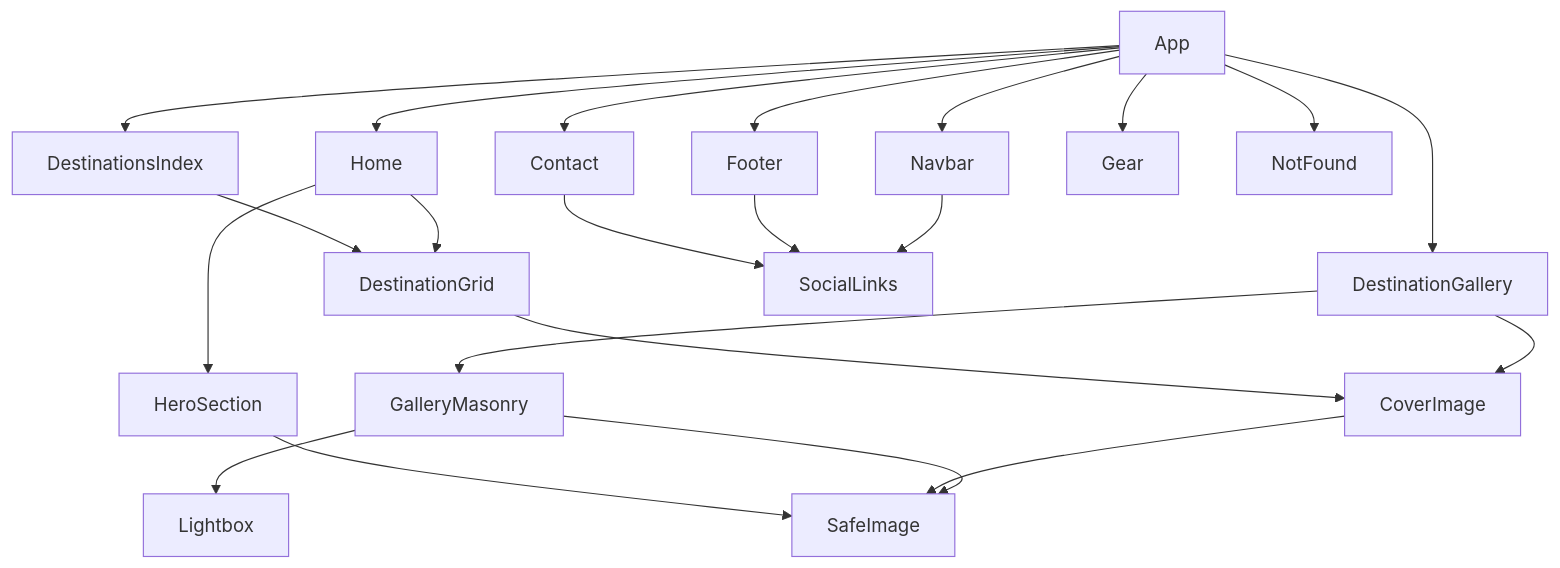
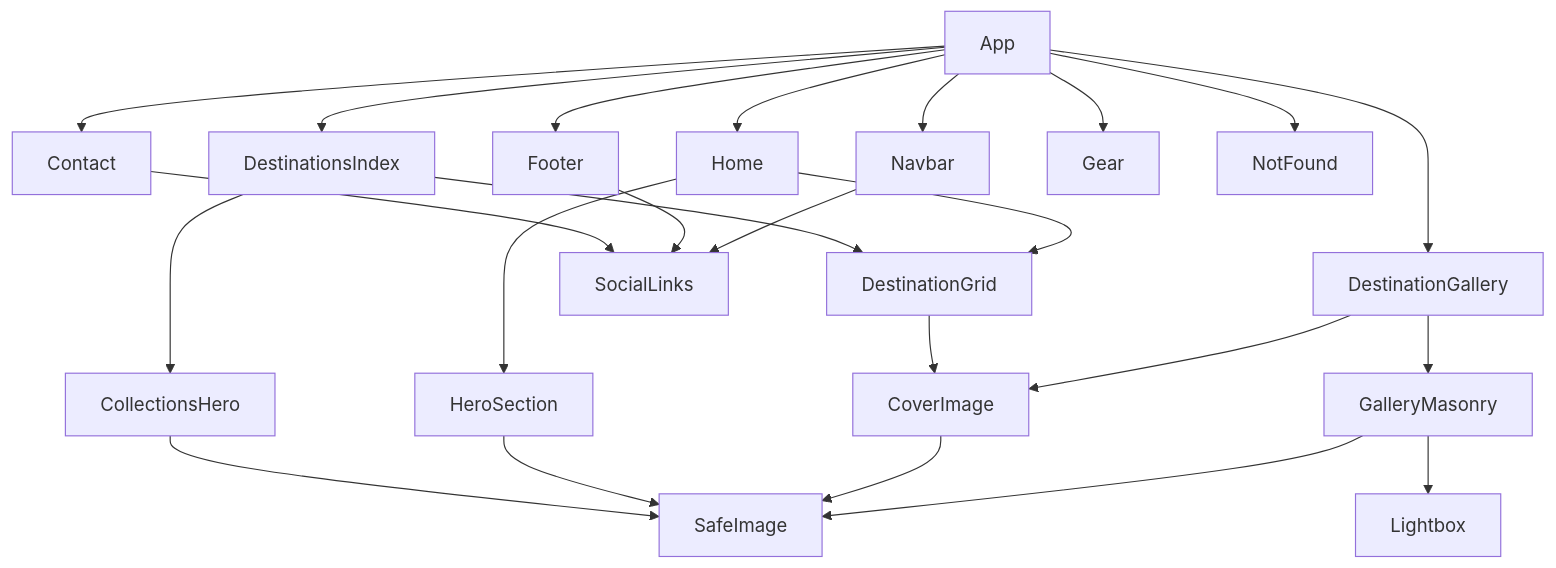
Before and after one commit to Jrddlol2/jnmananguit: the third of 3 diagrams in docs/ARCHITECTURE.md, drawn with Mermaid. The commit also changed 5 other files, not shown here.

First line of the commit message:
Document the Collections hero across docs

````diff
--- a/docs/ARCHITECTURE.md
+++ b/docs/ARCHITECTURE.md
@@ -109,27 +109,29 @@
 ```mermaid
 graph TD
     App --> Navbar
     App --> Footer
     App --> Home
     App --> DestinationsIndex
     App --> DestinationGallery
     App --> Contact
     App --> Gear
     App --> NotFound
 
     Home --> HeroSection
     Home --> DestinationGrid
+    DestinationsIndex --> CollectionsHero
     DestinationsIndex --> DestinationGrid
     DestinationGallery --> GalleryMasonry
     DestinationGallery --> CoverImage
 
     DestinationGrid --> CoverImage
     GalleryMasonry --> Lightbox
     GalleryMasonry --> SafeImage
     CoverImage --> SafeImage
     HeroSection --> SafeImage
+    CollectionsHero --> SafeImage
 
     Navbar --> SocialLinks
     Footer --> SocialLinks
     Contact --> SocialLinks
 ```
````
